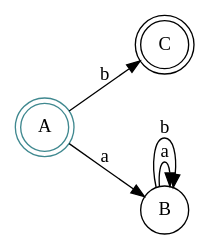
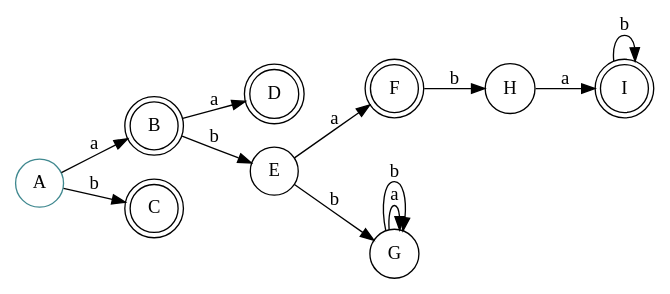
The diagram in Entrega final/NFD_Actual.gv (josepablito16/Regex-Engine), drawn with Graphviz before and after one commit. The commit also changed 10 other files, not shown here.

```diff
--- a/Entrega final/NFD_Actual.gv
+++ b/Entrega final/NFD_Actual.gv
@@ -1,12 +1,22 @@
 digraph finite_state_machine {
 	rankdir=LR size="8,5"
 	node [shape=doublecircle]
-	A
+	B
 	C
+	D
+	F
+	I
 	node [shape=circle]
 	A [color="#3F888F"]
 	A -> B [label=a]
 	A -> C [label=b]
-	B -> B [label=a]
-	B -> B [label=b]
+	B -> D [label=a]
+	B -> E [label=b]
+	E -> F [label=a]
+	E -> G [label=b]
+	F -> H [label=b]
+	G -> G [label=a]
+	G -> G [label=b]
+	H -> I [label=a]
+	I -> I [label=b]
 }
```
